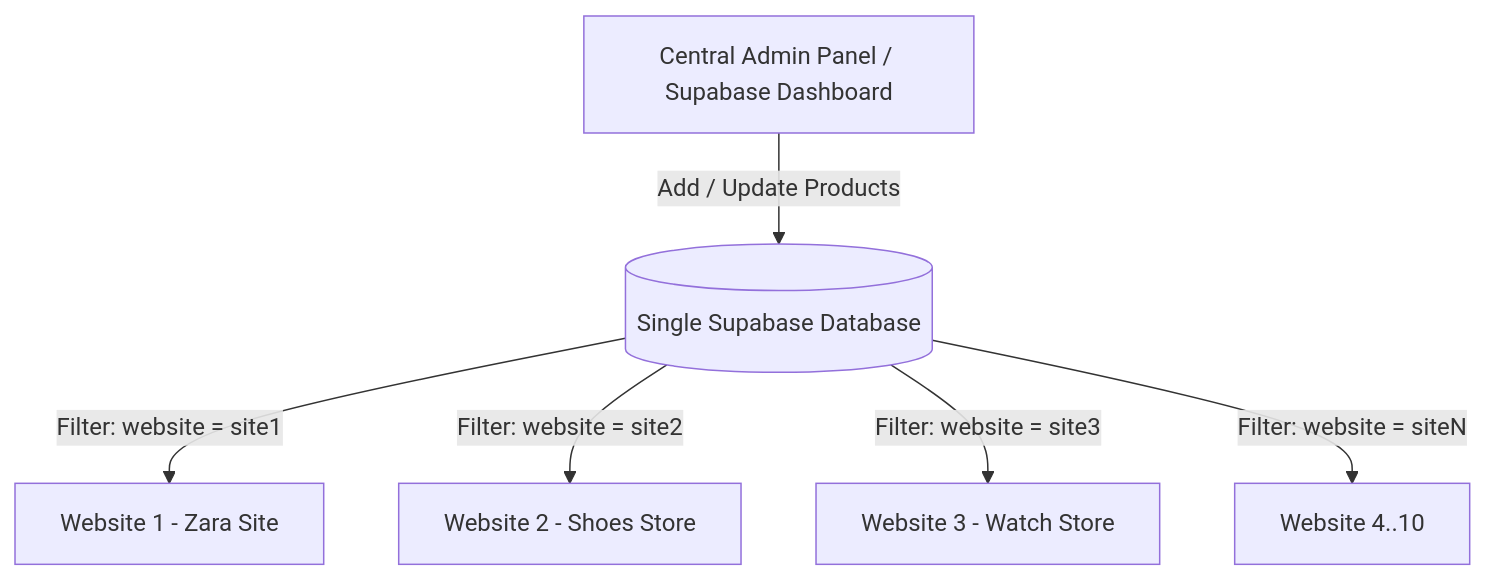
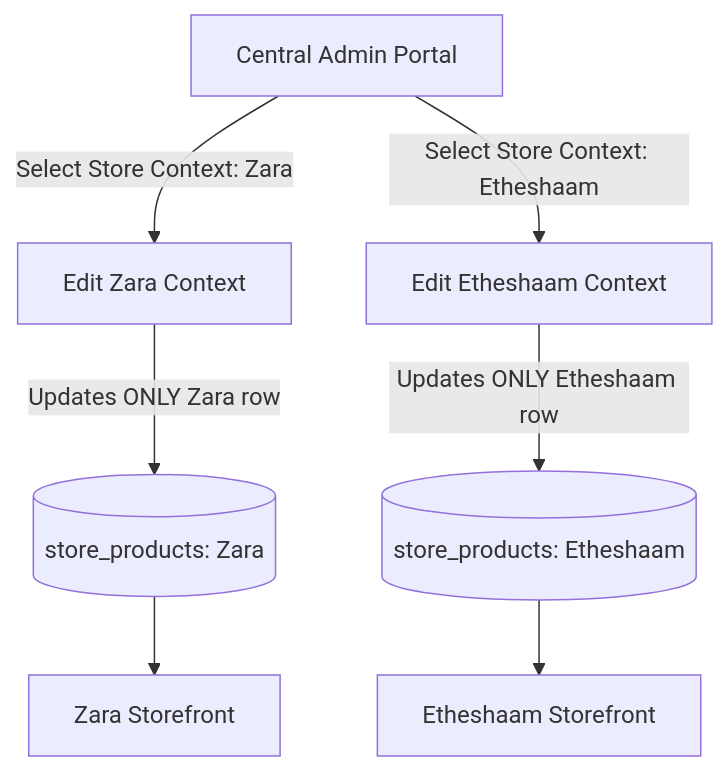
The diagram in MULTI_STORE_SETUP.md (GODZISOP/zara-website), drawn with Mermaid before and after one commit. The commit also changed other lines of this file and 3 other files, not shown here.

````diff
--- a/MULTI_STORE_SETUP.md
+++ b/MULTI_STORE_SETUP.md
@@ -9,9 +40,11 @@
 ```mermaid
 graph TD
-    Admin[Central Admin Panel / Supabase Dashboard] -->|Add / Update Products| DB[(Single Supabase Database)]
-    
-    DB -->|Filter: website = site1| W1[Website 1 - Zara Site]
-    DB -->|Filter: website = site2| W2[Website 2 - Shoes Store]
-    DB -->|Filter: website = site3| W3[Website 3 - Watch Store]
-    DB -->|Filter: website = siteN| WN[Website 4..10]
+    Admin[Central Admin Portal] -->|Select Store Context: Zara| AdminZara[Edit Zara Context]
+    Admin -->|Select Store Context: Etheshaam| AdminEth[Edit Etheshaam Context]
+
+    AdminZara -->|Updates ONLY Zara row| DB_SP1[(store_products: Zara)]
+    AdminEth -->|Updates ONLY Etheshaam row| DB_SP2[(store_products: Etheshaam)]
+
+    DB_SP1 --> W1[Zara Storefront]
+    DB_SP2 --> W2[Etheshaam Storefront]
 ```
````
